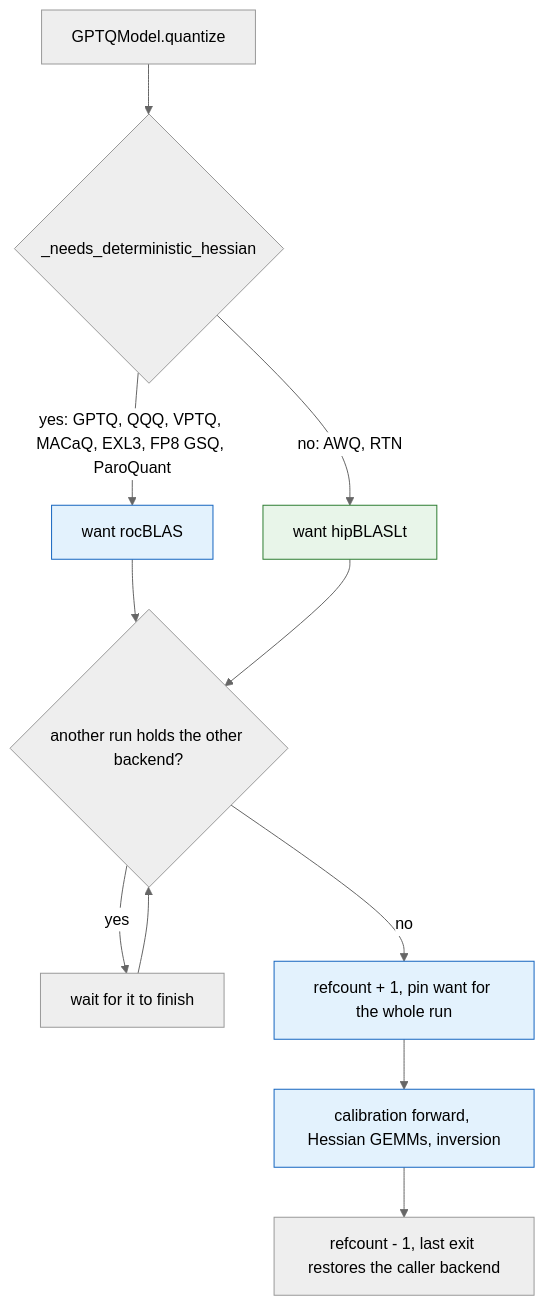
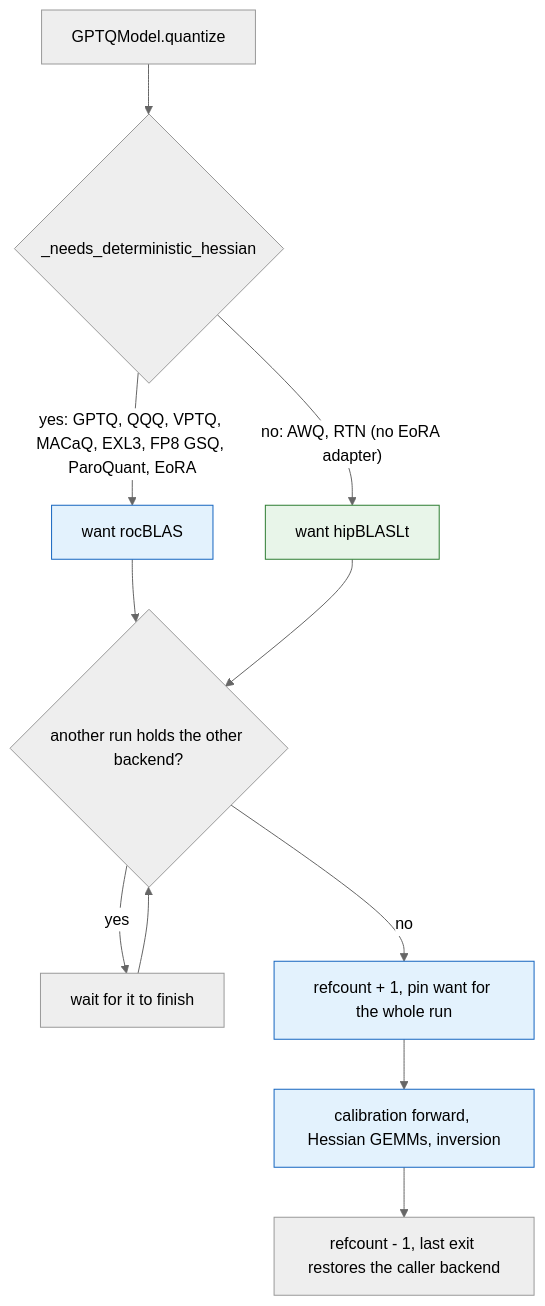
The second of 2 diagrams in docs/rocm-default-environment.md (ModelCloud/GPTQModel), drawn with Mermaid (neutral theme) before and after one commit. The commit also changed other lines of this file and 3 other files, not shown here.

````diff
--- a/docs/rocm-default-environment.md
+++ b/docs/rocm-default-environment.md
@@ -111,18 +118,18 @@
 ```mermaid
 flowchart TD
     A["GPTQModel.quantize"] --> B{"_needs_deterministic_hessian"}
-    B -- "yes: GPTQ, QQQ, VPTQ, MACaQ, EXL3, FP8 GSQ, ParoQuant" --> C["want rocBLAS"]
-    B -- "no: AWQ, RTN" --> D["want hipBLASLt"]
+    B -- "yes: GPTQ, QQQ, VPTQ, MACaQ, EXL3, FP8 GSQ, ParoQuant, EoRA" --> C["want rocBLAS"]
+    B -- "no: AWQ, RTN (no EoRA adapter)" --> D["want hipBLASLt"]
     C --> E{"another run holds the other backend?"}
     D --> E
     E -- "yes" --> F["wait for it to finish"]
     F --> E
     E -- "no" --> G["refcount + 1, pin want for the whole run"]
     G --> H["calibration forward, Hessian GEMMs, inversion"]
     H --> I["refcount - 1, last exit restores the caller backend"]
 
     classDef pin fill:#e3f2fd,stroke:#1565c0,color:#000
     classDef fast fill:#e8f5e9,stroke:#2e7d32,color:#000
     class C,G,H pin
     class D fast
 ```
````
